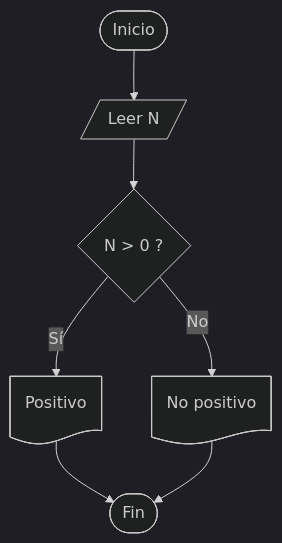
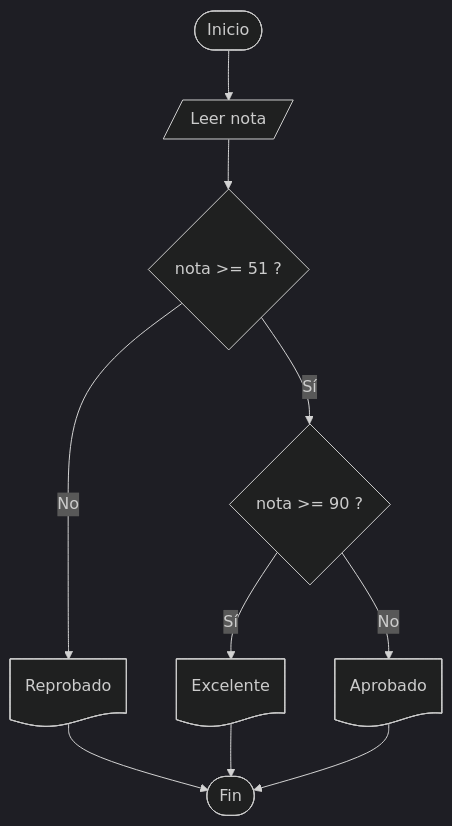
Diagram 11 of 15 in Tema04_Control/1-instrucciones_control.md (Abel-DB/Algoritmos-programacion), drawn with Mermaid (dark theme) before and after one commit. The commit also changed other lines of this file, not shown here.

````diff
--- a/Tema04_Control/1-instrucciones_control.md
+++ b/Tema04_Control/1-instrucciones_control.md
@@ -196,17 +202,24 @@
 ```mermaid
 flowchart TD
 
 A([Inicio])
-B@{ shape: lean-r, label: "Leer N" }
+B@{ shape: lean-r, label: "Leer nota" }
 
-C@{ shape: diamond, label: "N > 0 ?" }
+C@{ shape: diamond, label: "nota >= 51 ?" }
 
-D@{ shape: doc, label: "Positivo" }
-E@{ shape: doc, label: "No positivo" }
+D@{ shape: diamond, label: "nota >= 90 ?" }
 
-F([Fin])
+E@{ shape: doc, label: "Excelente" }
+F@{ shape: doc, label: "Aprobado" }
+G@{ shape: doc, label: "Reprobado" }
+
+H([Fin])
 
 A --> B --> C
-C -->|Sí| D --> F
-C -->|No| E --> F
+
+C -->|Sí| D
+C -->|No| G --> H
+
+D -->|Sí| E --> H
+D -->|No| F --> H
 ```
````
